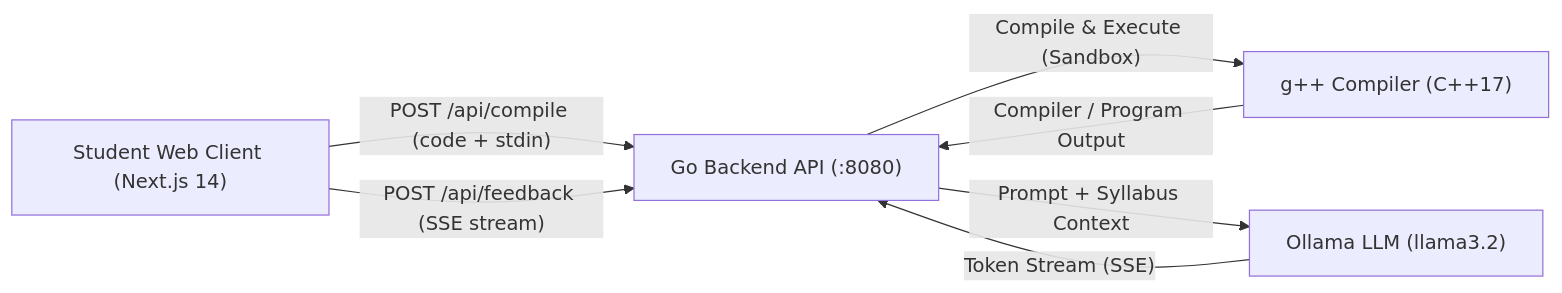
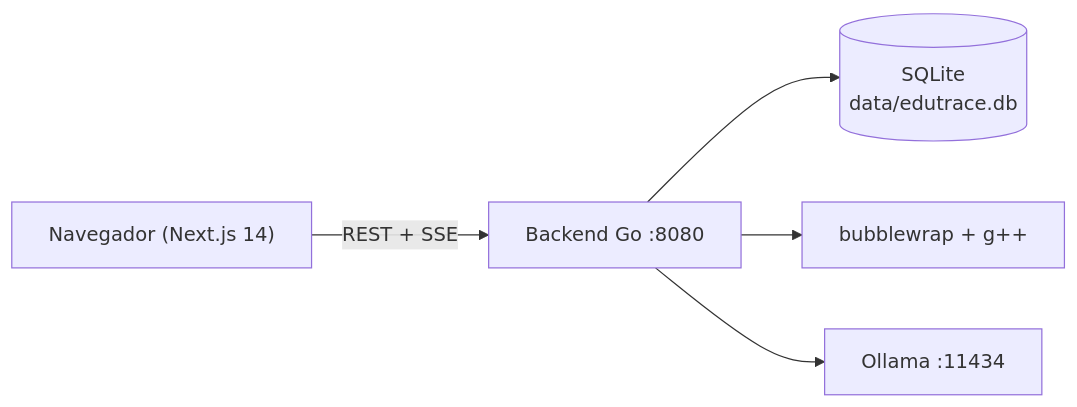
The diagram in README.md (x19marlon/EDU-TRACE), drawn with Mermaid before and after one commit. The commit also changed other lines of this file and 46 other files, not shown here.

````diff
--- a/README.md
+++ b/README.md
@@ -27,9 +39,7 @@
 ```mermaid
 flowchart LR
-    A["Student Web Client (Next.js 14)"] -->|"POST /api/compile (code + stdin)"| B["Go Backend API (:8080)"]
-    A -->|"POST /api/feedback (SSE stream)"| B
-    B -->|"Compile & Execute (Sandbox)"| C["g++ Compiler (C++17)"]
-    B -->|"Prompt + Syllabus Context"| D["Ollama LLM (llama3.2)"]
-    C -->|"Compiler / Program Output"| B
-    D -->|"Token Stream (SSE)"| B
+    W["Navegador (Next.js 14)"] -->|"REST + SSE"| B["Backend Go :8080"]
+    B --> D[("SQLite<br/>data/edutrace.db")]
+    B --> S["bubblewrap + g++"]
+    B --> O["Ollama :11434"]
 ```
````
